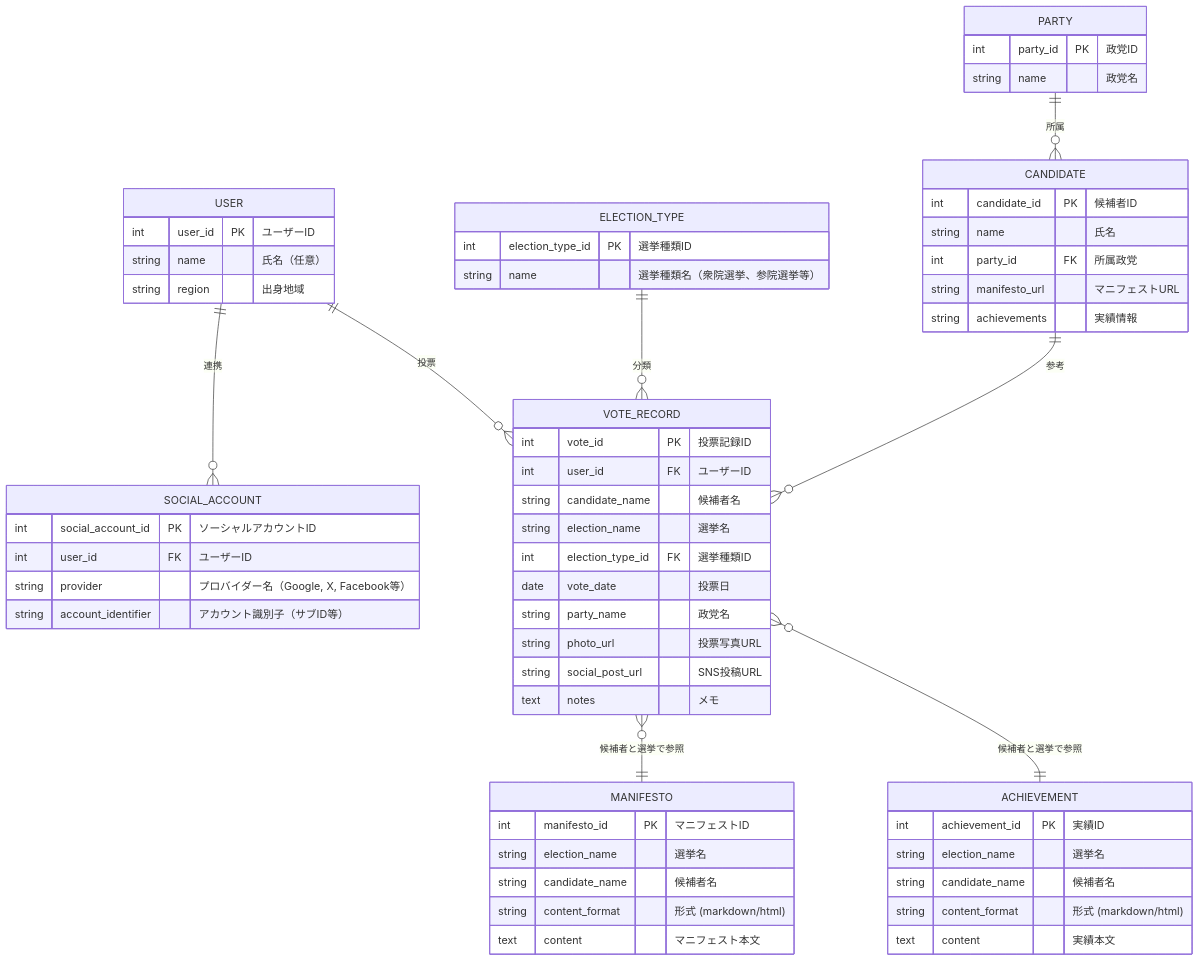
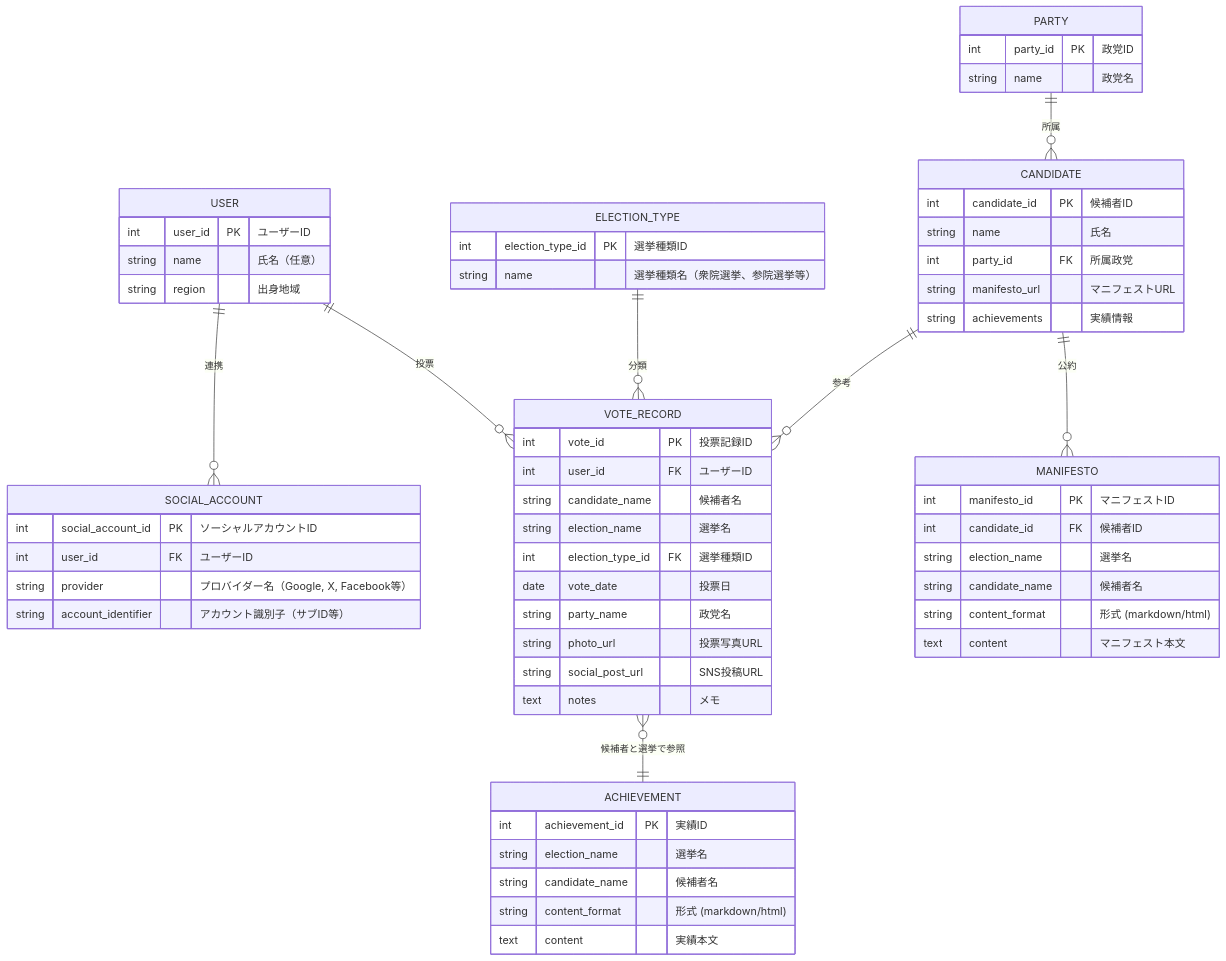
One commit to papettoTV/my-tohyo changed the diagram in doc/ER.md. Above: the diagram before and after it, drawn with Mermaid. The commit also changed other lines of this file and 10 other files, not shown here.

````diff
--- a/doc/ER.md
+++ b/doc/ER.md
@@ -5,63 +5,64 @@
 ```mermaid
 erDiagram
     USER {
         int user_id PK "ユーザーID"
         string name "氏名（任意）"
         string region "出身地域"
     }
     SOCIAL_ACCOUNT {
         int social_account_id PK "ソーシャルアカウントID"
         int user_id FK "ユーザーID"
         string provider "プロバイダー名（Google, X, Facebook等）"
         string account_identifier "アカウント識別子（サブID等）"
     }
     ELECTION_TYPE {
         int election_type_id PK "選挙種類ID"
         string name "選挙種類名（衆院選挙、参院選挙等）"
     }
     PARTY {
         int party_id PK "政党ID"
         string name "政党名"
     }
     CANDIDATE {
         int candidate_id PK "候補者ID"
         string name "氏名"
         int party_id FK "所属政党"
         string manifesto_url "マニフェストURL"
         string achievements "実績情報"
     }
     MANIFESTO {
         int manifesto_id PK "マニフェストID"
+        int candidate_id FK "候補者ID"
         string election_name "選挙名"
         string candidate_name "候補者名"
         string content_format "形式 (markdown/html)"
         text content "マニフェスト本文"
     }
     ACHIEVEMENT {
         int achievement_id PK "実績ID"
         string election_name "選挙名"
         string candidate_name "候補者名"
         string content_format "形式 (markdown/html)"
         text content "実績本文"
     }
     VOTE_RECORD {
         int vote_id PK "投票記録ID"
         int user_id FK "ユーザーID"
         string candidate_name "候補者名"
         string election_name "選挙名"
         int election_type_id FK "選挙種類ID"
         date vote_date "投票日"
         string party_name "政党名"
         string photo_url "投票写真URL"
         string social_post_url "SNS投稿URL"
         text notes "メモ"
     }
 
     USER ||--o{ SOCIAL_ACCOUNT : "連携"
     USER ||--o{ VOTE_RECORD : "投票"
     ELECTION_TYPE ||--o{ VOTE_RECORD : "分類"
     CANDIDATE ||--o{ VOTE_RECORD : "参考"
+    CANDIDATE ||--o{ MANIFESTO : "公約"
     PARTY ||--o{ CANDIDATE : "所属"
-    VOTE_RECORD }o--|| MANIFESTO : "候補者と選挙で参照"
     VOTE_RECORD }o--|| ACHIEVEMENT : "候補者と選挙で参照"
 ```
````
